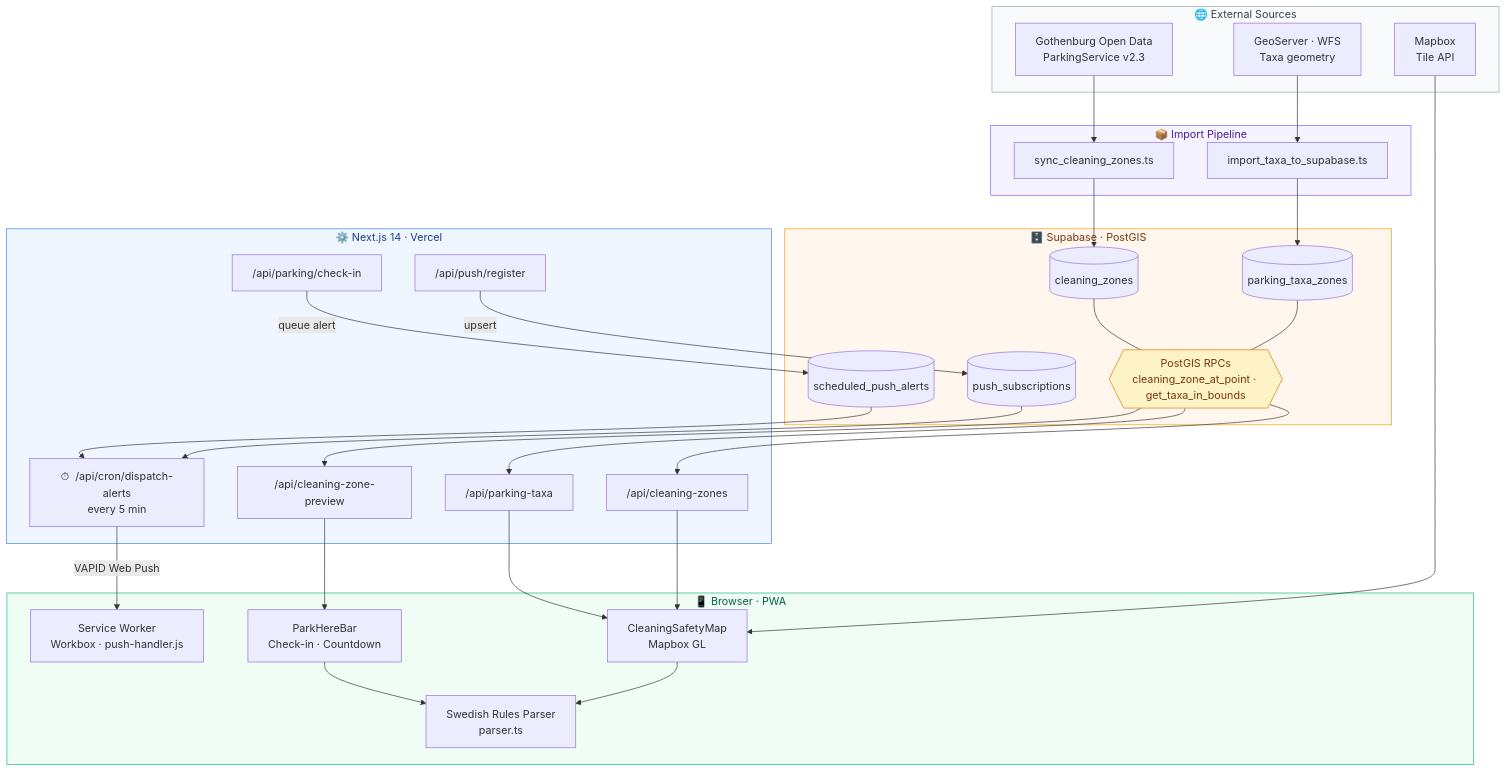
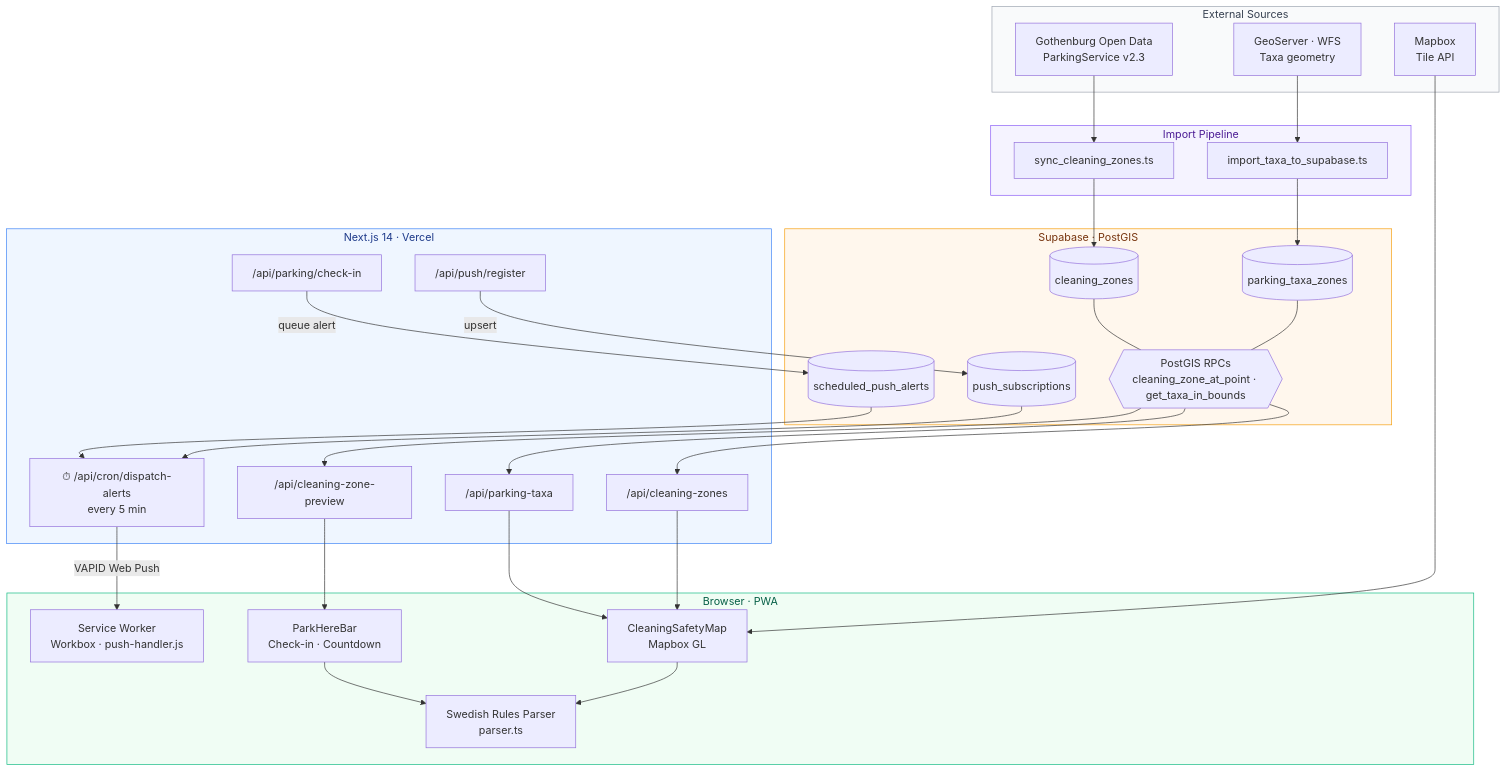
The diagram in README.md (BitnooriLee/gothenburg_parking_guardian), drawn with Mermaid before and after one commit. The commit also changed other lines of this file, not shown here.

````diff
--- a/README.md
+++ b/README.md
@@ -68,58 +92,57 @@
 ```mermaid
 flowchart TD
-    subgraph EXT["🌐  External Sources"]
+    subgraph EXT["External Sources"]
         OD["Gothenburg Open Data\nParkingService v2.3"]
         WFS["GeoServer · WFS\nTaxa geometry"]
         MB["Mapbox\nTile API"]
     end
 
-    subgraph PIPE["📦  Import Pipeline"]
+    subgraph PIPE["Import Pipeline"]
         S1["sync_cleaning_zones.ts"]
         S2["import_taxa_to_supabase.ts"]
     end
 
-    subgraph DB["🗄️  Supabase · PostGIS"]
+    subgraph DB["Supabase · PostGIS"]
         T1[("cleaning_zones")]
         T2[("parking_taxa_zones")]
         T3[("push_subscriptions")]
         T4[("scheduled_push_alerts")]
         RPC{{"PostGIS RPCs\ncleaning_zone_at_point · get_taxa_in_bounds"}}
         T1 & T2 --- RPC
     end
 
-    subgraph SERVER["⚙️  Next.js 14 · Vercel"]
+    subgraph SERVER["Next.js 14 · Vercel"]
         A1["/api/cleaning-zones"]
         A2["/api/parking-taxa"]
         A3["/api/cleaning-zone-preview"]
         A4["/api/parking/check-in"]
         A5["/api/push/register"]
-        A6["⏱  /api/cron/dispatch-alerts\nevery 5 min"]
+        A6["⏱ /api/cron/dispatch-alerts\nevery 5 min"]
     end
 
-    subgraph CLIENT["📱  Browser · PWA"]
+    subgraph CLIENT["Browser · PWA"]
         MAP["CleaningSafetyMap\nMapbox GL"]
         BAR["ParkHereBar\nCheck-in · Countdown"]
         PARSER["Swedish Rules Parser\nparser.ts"]
         SW["Service Worker\nWorkbox · push-handler.js"]
         MAP & BAR --> PARSER
     end
 
     OD --> S1 --> T1
     WFS --> S2 --> T2
     MB --> MAP
 
     RPC --> A1 & A2 & A3
     A1 & A2 --> MAP
     A3 --> BAR
     A4 -- "queue alert" --> T4
     A5 -- "upsert" --> T3
     T4 & T3 --> A6
     A6 -- "VAPID Web Push" --> SW
 
     style EXT    fill:#F9FAFB,stroke:#9CA3AF,color:#374151
     style PIPE   fill:#F5F3FF,stroke:#8B5CF6,color:#4C1D95
     style DB     fill:#FFF7ED,stroke:#F59E0B,color:#78350F
-    style RPC    fill:#FEF3C7,stroke:#D97706,color:#78350F
     style SERVER fill:#EFF6FF,stroke:#3B82F6,color:#1E3A8A
     style CLIENT fill:#F0FDF4,stroke:#10B981,color:#065F46
 ```
````
